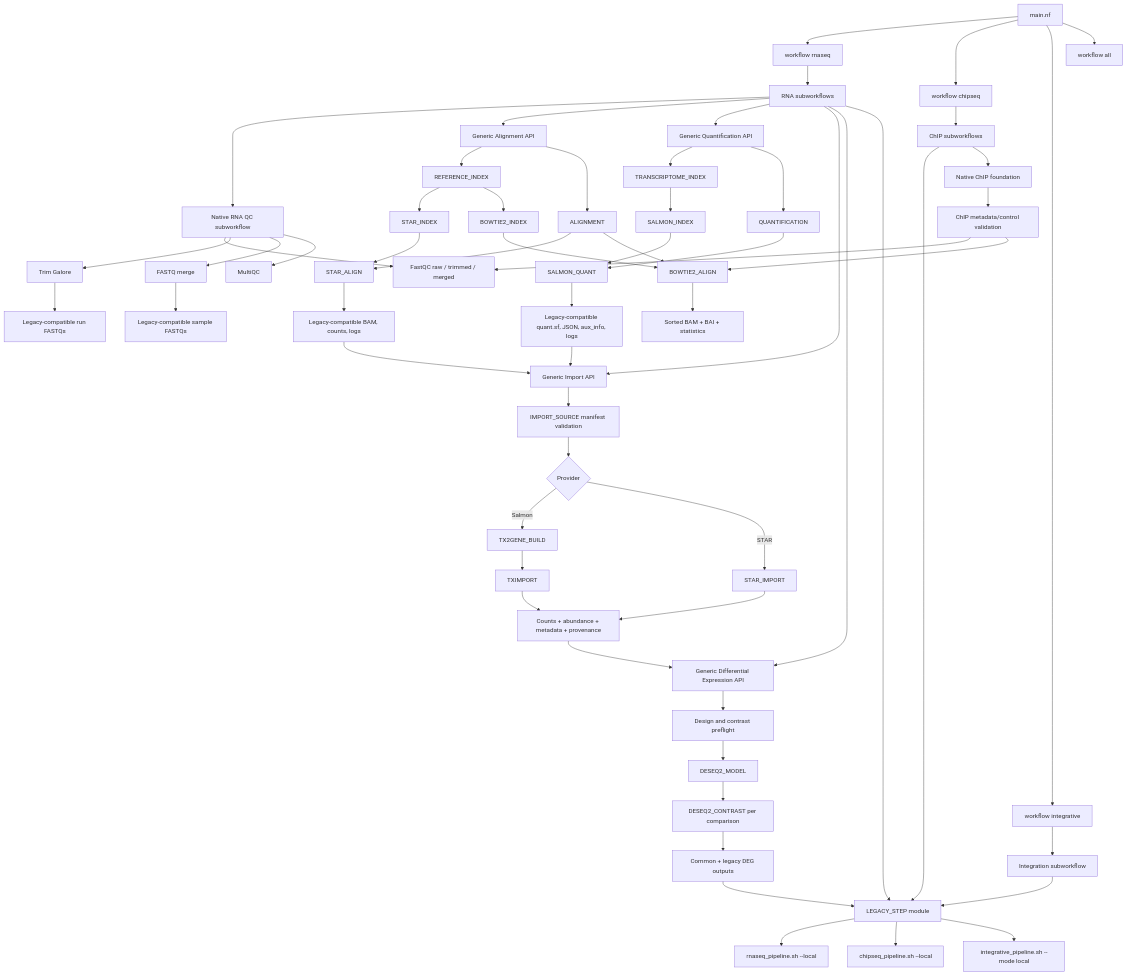
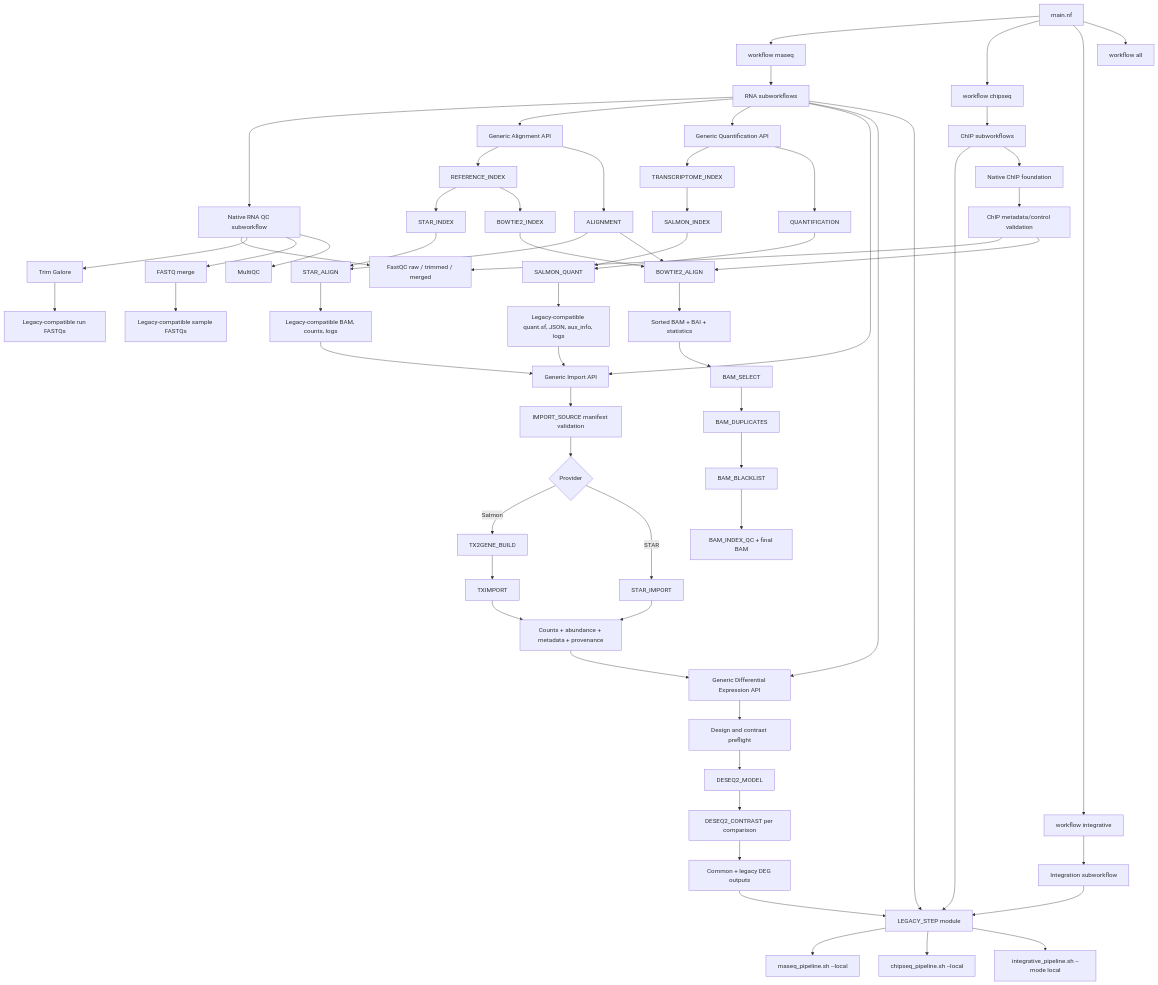
One commit to GMiguelAlves/HelixForge changed the diagram in docs/architecture.md. Above: the diagram before and after it, drawn with Mermaid. The commit also changed other lines of this file and 10 other files, not shown here.

````diff
--- a/docs/architecture.md
+++ b/docs/architecture.md
@@ -3,65 +3,69 @@
 ```mermaid
 flowchart TB
     MAIN["main.nf"] --> RNA["workflow rnaseq"]
     MAIN --> CHIP["workflow chipseq"]
     MAIN --> INT["workflow integrative"]
     MAIN --> ALL["workflow all"]
 
     RNA --> RSW["RNA subworkflows"]
     CHIP --> CSW["ChIP subworkflows"]
     INT --> ISW["Integration subworkflow"]
 
     RSW --> QC["Native RNA QC subworkflow"]
     RSW --> RNAALIGN["Generic Alignment API"]
     RSW --> RNAQUANT["Generic Quantification API"]
     RSW --> RNAIMPORT["Generic Import API"]
     RSW --> RNADE["Generic Differential Expression API"]
     RSW --> WRAP["LEGACY_STEP module"]
     CSW --> WRAP
     CSW --> CHIPNATIVE["Native ChIP foundation"]
     ISW --> WRAP
 
     WRAP --> RB["rnaseq_pipeline.sh --local"]
     WRAP --> CB["chipseq_pipeline.sh --local"]
     WRAP --> IB["integrative_pipeline.sh --mode local"]
     QC --> FASTQC["FastQC raw / trimmed / merged"]
     QC --> TRIM["Trim Galore"]
     QC --> MERGE["FASTQ merge"]
     QC --> MULTIQC["MultiQC"]
     RNAALIGN --> REFINDEX["REFERENCE_INDEX"]
     REFINDEX --> STARINDEX["STAR_INDEX"]
     REFINDEX --> BOWTIEINDEX["BOWTIE2_INDEX"]
     RNAALIGN --> ALIGN["ALIGNMENT"]
     ALIGN --> STARALIGN["STAR_ALIGN"]
     ALIGN --> BOWTIEALIGN["BOWTIE2_ALIGN"]
     STARINDEX --> STARALIGN
     BOWTIEINDEX --> BOWTIEALIGN
     STARALIGN --> STAROUT["Legacy-compatible BAM, counts, logs"]
     RNAQUANT --> TRANSCRIPTINDEX["TRANSCRIPTOME_INDEX"]
     TRANSCRIPTINDEX --> SALMONINDEX["SALMON_INDEX"]
     RNAQUANT --> QUANTIFY["QUANTIFICATION"]
     QUANTIFY --> SALMONQUANT["SALMON_QUANT"]
     SALMONINDEX --> SALMONQUANT
     SALMONQUANT --> SALMONOUT["Legacy-compatible quant.sf, JSON, aux_info, logs"]
     STAROUT --> RNAIMPORT
     SALMONOUT --> RNAIMPORT
     RNAIMPORT --> SOURCE["IMPORT_SOURCE manifest validation"]
     SOURCE --> PROVIDER{"Provider"}
     PROVIDER -->|Salmon| TX2GENE["TX2GENE_BUILD"]
     TX2GENE --> TXIMPORT["TXIMPORT"]
     PROVIDER -->|STAR| STARIMPORT["STAR_IMPORT"]
     TXIMPORT --> COMMON["Counts + abundance + metadata + provenance"]
     STARIMPORT --> COMMON
     COMMON --> RNADE
     RNADE --> PREFLIGHT["Design and contrast preflight"]
     PREFLIGHT --> MODEL["DESEQ2_MODEL"]
     MODEL --> CONTRAST["DESEQ2_CONTRAST per comparison"]
     CONTRAST --> DEOUT["Common + legacy DEG outputs"]
     DEOUT --> WRAP
     TRIM --> TRIMMED["Legacy-compatible run FASTQs"]
     MERGE --> MERGED["Legacy-compatible sample FASTQs"]
     CHIPNATIVE --> CHIPMETA["ChIP metadata/control validation"]
     CHIPMETA --> FASTQC
     CHIPMETA --> BOWTIEALIGN
     BOWTIEALIGN --> CHIPBAM["Sorted BAM + BAI + statistics"]
+    CHIPBAM --> BAMSELECT["BAM_SELECT"]
+    BAMSELECT --> BAMDUP["BAM_DUPLICATES"]
+    BAMDUP --> BAMBLACK["BAM_BLACKLIST"]
+    BAMBLACK --> BAMFINAL["BAM_INDEX_QC + final BAM"]
 ```
````
